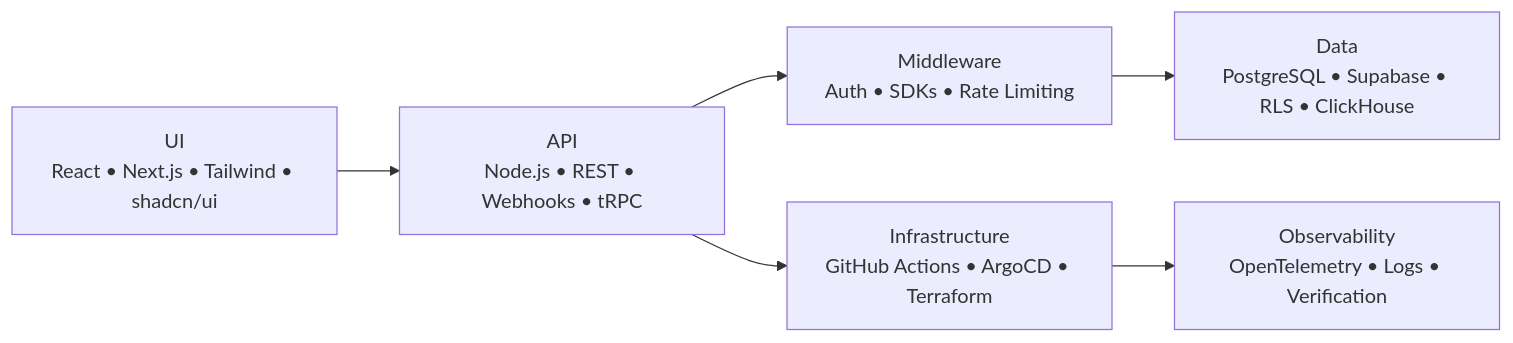
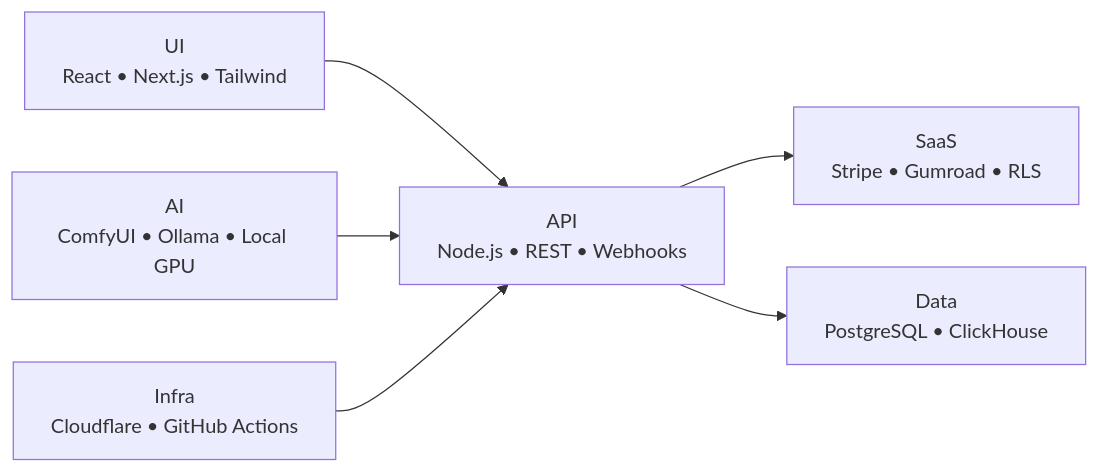
Before and after one commit to Hardonian/Hardonian: the fourth of 4 diagrams in README.md, drawn with Mermaid. The commit also changed other lines of this file, not shown here.

Commit message:
v5: revenue products, live SaaS systems, Gumroad-ready ComfyUI kits (#4)

````diff
--- a/README.md
+++ b/README.md
@@ -257,16 +245,15 @@
 ```mermaid
 flowchart LR
-
-    UI["UI<br/>React • Next.js • Tailwind • shadcn/ui"]
-    API["API<br/>Node.js • REST • Webhooks • tRPC"]
-    Middleware["Middleware<br/>Auth • SDKs • Rate Limiting"]
-    Data["Data<br/>PostgreSQL • Supabase • RLS • ClickHouse"]
-    Infra["Infrastructure<br/>GitHub Actions • ArgoCD • Terraform"]
-    Obs["Observability<br/>OpenTelemetry • Logs • Verification"]
+    UI["UI<br/>React • Next.js • Tailwind"]
+    API["API<br/>Node.js • REST • Webhooks"]
+    SaaS["SaaS<br/>Stripe • Gumroad • RLS"]
+    Data["Data<br/>PostgreSQL • ClickHouse"]
+    AI["AI<br/>ComfyUI • Ollama • Local GPU"]
+    Infra["Infra<br/>Cloudflare • GitHub Actions"]
 
     UI --> API
-    API --> Middleware
-    Middleware --> Data
-    API --> Infra
-    Infra --> Obs
+    API --> SaaS
+    API --> Data
+    AI --> API
+    Infra --> API
 ```
````
